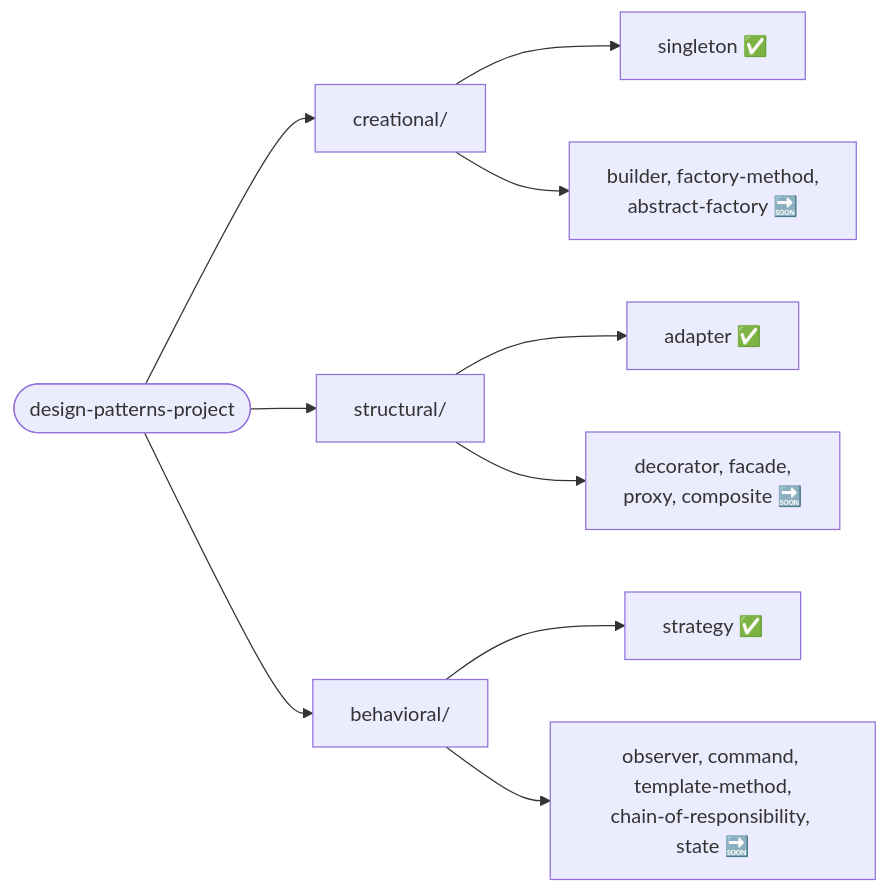
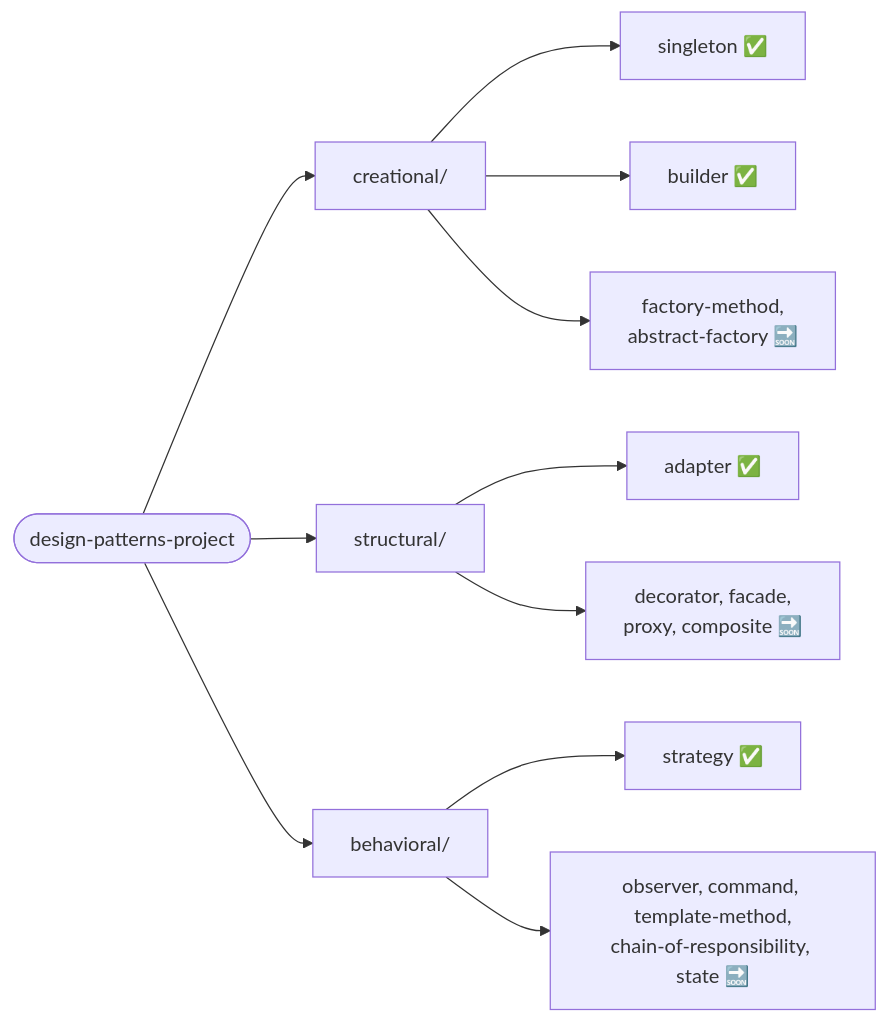
Before and after one commit to leon-lourenco/design-patterns-project: the diagram in README.md, drawn with Mermaid. The commit also changed other lines of this file and 8 other files, not shown here.

````diff
--- a/README.md
+++ b/README.md
@@ -81,12 +81,13 @@
 ```mermaid
 flowchart LR
     Root(["design-patterns-project"]) --> Creational["creational/"]
     Root --> Structural["structural/"]
     Root --> Behavioral["behavioral/"]
     Creational --> Singleton["singleton ✅"]
-    Creational --> CreationalRest["builder, factory-method,\nabstract-factory 🔜"]
+    Creational --> Builder["builder ✅"]
+    Creational --> CreationalRest["factory-method,\nabstract-factory 🔜"]
     Structural --> Adapter["adapter ✅"]
     Structural --> StructuralRest["decorator, facade,\nproxy, composite 🔜"]
     Behavioral --> Strategy["strategy ✅"]
     Behavioral --> BehavioralRest["observer, command, template-method,\nchain-of-responsibility, state 🔜"]
 ```
````
